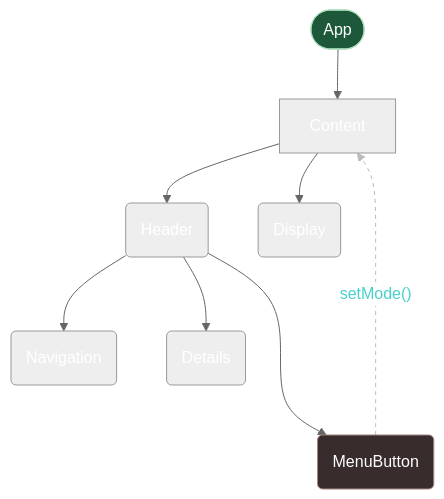
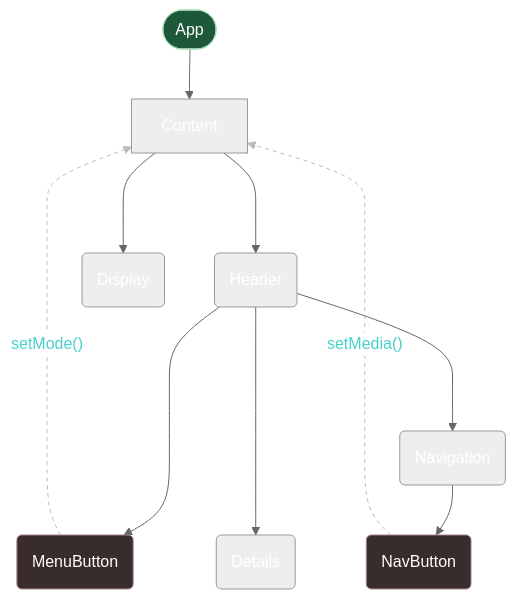
One commit to xram64/tma-react-gallery changed the diagram in src/component-graph.md. Above: the diagram before and after it, drawn with Mermaid (neutral theme). The commit also changed 10 other files, not shown here.

````diff
--- a/src/component-graph.md
+++ b/src/component-graph.md
@@ -1,28 +1,32 @@
 ```mermaid
 
 graph TD
     %% Flowchart %%
     A([App])
     
     A --> C[Content]
 
-    C --> HD(Header)
-    C --> DS(Display)
+    C ---> HD(Header)
+    C ---> DS(Display)
 
-    HD ---> mb(MenuButton)
-    HD --> nv(Navigation)
-    HD --> dt(Details)
-    
-    mb -. "setMode()" .-> C
+    HD ----> mn_b(MenuButton)
+    HD ---> nv(Navigation)
+    HD ----> dt(Details)
+
+    nv --> nv_b(NavButton)
+
+    mn_b -. "setMode()"  ....-> C
+    nv_b -. "setMedia()" ...-> C
+
 
 
     %% Styling %%
     classDef root color:#fff,fill:#1d583a,stroke:#adb;
     class A root;
     
     classDef helper fill:#382c2c,stroke:#a88686;
-    class mb helper;
+    class mn_b,nv_b helper;
 
-    linkStyle 6 stroke:#bbb,stroke-width:1px,stroke-dasharray:4,color:MediumTurquoise;
+    linkStyle 7,8 stroke:#bbb,stroke-width:1px,stroke-dasharray:4,color:MediumTurquoise;
 
 ```
````
